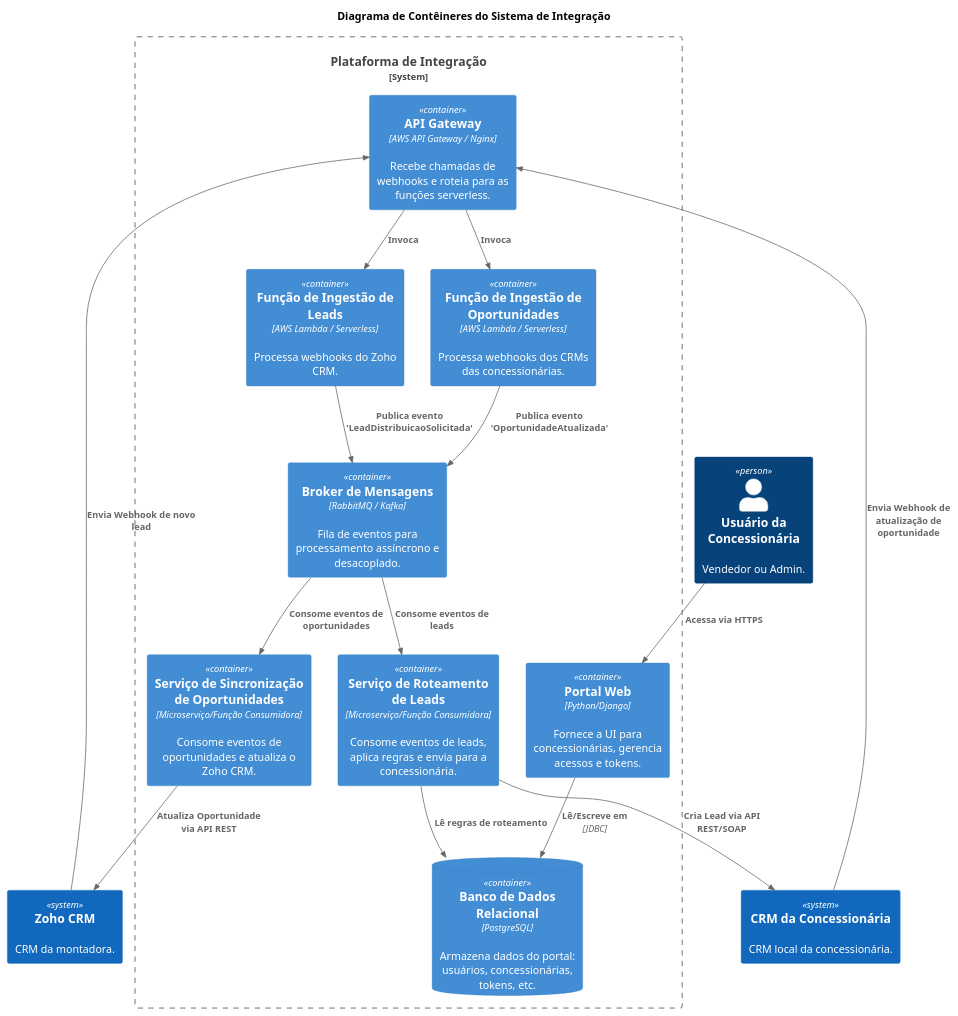
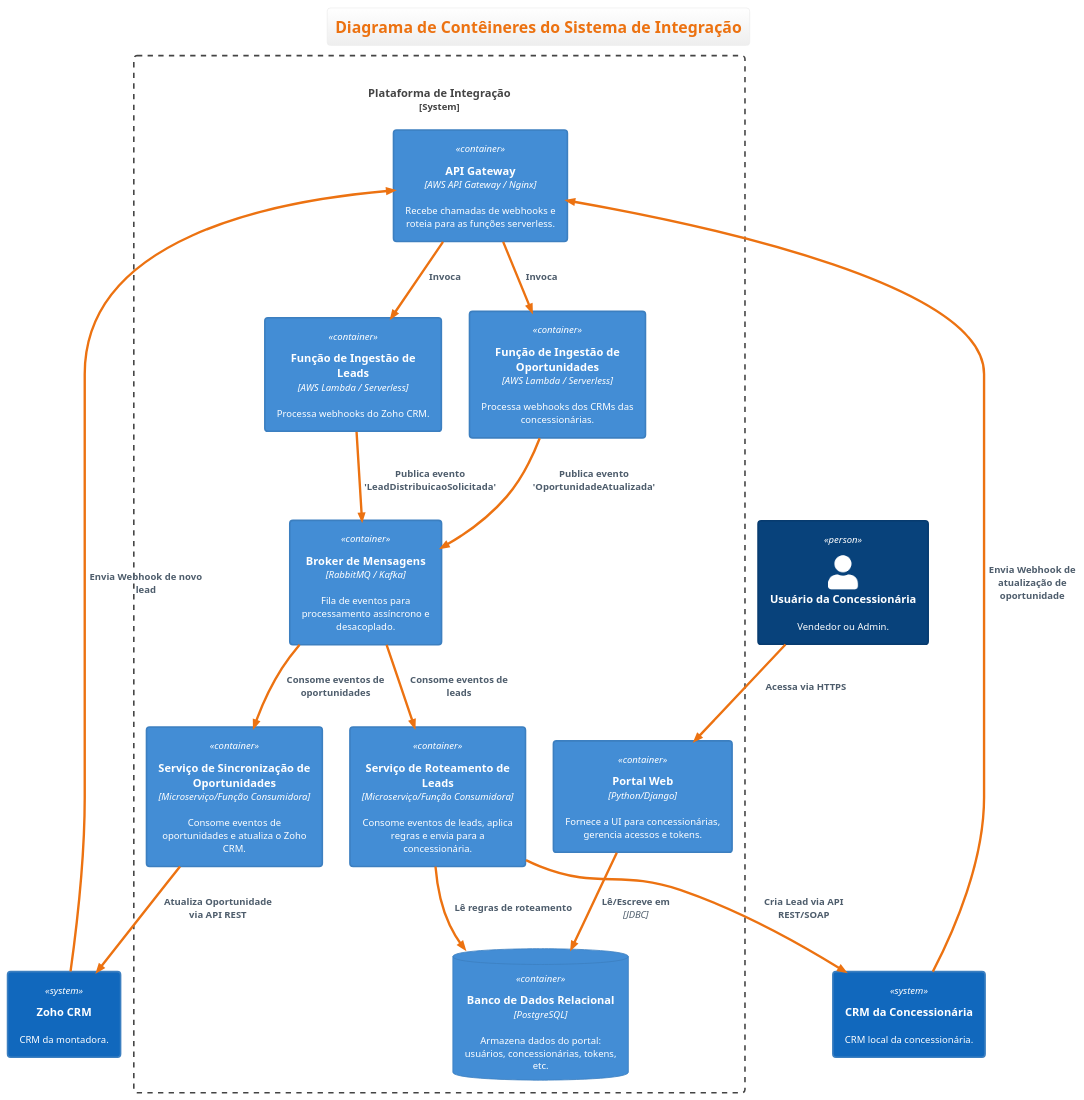
One commit to edcastanha/desafio-ccm-Arquitetura changed the diagram in diagramas/c4_model/c4-container.puml. Above: the diagram before and after it, drawn with PlantUML. The commit also changed 8 other files, not shown here.

Commit message:
feat: Cria as iamgens de diagramas C4 Model

```diff
--- a/diagramas/c4_model/c4-container.puml
+++ b/diagramas/c4_model/c4-container.puml
@@ -1,46 +1,47 @@
 @startuml C4_Container
 !include https://raw.githubusercontent.com/plantuml-stdlib/C4-PlantUML/master/C4_Container.puml
+!theme aws-orange
 
 TITLE Diagrama de Contêineres do Sistema de Integração
 
 Person(concessionaria, "Usuário da Concessionária", "Vendedor ou Admin.")
 
 System(zoho_crm, "Zoho CRM", "CRM da montadora.")
 System(concessionaria_crm, "CRM da Concessionária", "CRM local da concessionária.")
 
 System_Boundary(c1, "Plataforma de Integração") {
 
     Container(portal_web, "Portal Web", "Python/Django", "Fornece a UI para concessionárias, gerencia acessos e tokens.")
     ContainerDb(db, "Banco de Dados Relacional", "PostgreSQL", "Armazena dados do portal: usuários, concessionárias, tokens, etc.")
 
     Container(api_gateway, "API Gateway", "AWS API Gateway / Nginx", "Recebe chamadas de webhooks e roteia para as funções serverless.")
     Container(lead_ingestion_fn, "Função de Ingestão de Leads", "AWS Lambda / Serverless", "Processa webhooks do Zoho CRM.")
     Container(opportunity_ingestion_fn, "Função de Ingestão de Oportunidades", "AWS Lambda / Serverless", "Processa webhooks dos CRMs das concessionárias.")
 
     Container(message_broker, "Broker de Mensagens", "RabbitMQ / Kafka", "Fila de eventos para processamento assíncrono e desacoplado.")
 
     Container(lead_routing_service, "Serviço de Roteamento de Leads", "Microserviço/Função Consumidora", "Consome eventos de leads, aplica regras e envia para a concessionária.")
     Container(opportunity_sync_service, "Serviço de Sincronização de Oportunidades", "Microserviço/Função Consumidora", "Consome eventos de oportunidades e atualiza o Zoho CRM.")
 
     Rel(concessionaria, portal_web, "Acessa via HTTPS")
     Rel(portal_web, db, "Lê/Escreve em", "JDBC")
 
     Rel(api_gateway, lead_ingestion_fn, "Invoca")
     Rel(api_gateway, opportunity_ingestion_fn, "Invoca")
 
     Rel(lead_ingestion_fn, message_broker, "Publica evento 'LeadDistribuicaoSolicitada'")
     Rel(opportunity_ingestion_fn, message_broker, "Publica evento 'OportunidadeAtualizada'")
 
     Rel(message_broker, lead_routing_service, "Consome eventos de leads")
     Rel(message_broker, opportunity_sync_service, "Consome eventos de oportunidades")
 
     Rel(lead_routing_service, db, "Lê regras de roteamento")
     Rel(lead_routing_service, concessionaria_crm, "Cria Lead via API REST/SOAP")
 
     Rel(opportunity_sync_service, zoho_crm, "Atualiza Oportunidade via API REST")
 }
 
 Rel(zoho_crm, api_gateway, "Envia Webhook de novo lead")
 Rel(concessionaria_crm, api_gateway, "Envia Webhook de atualização de oportunidade")
 
 @enduml
```
